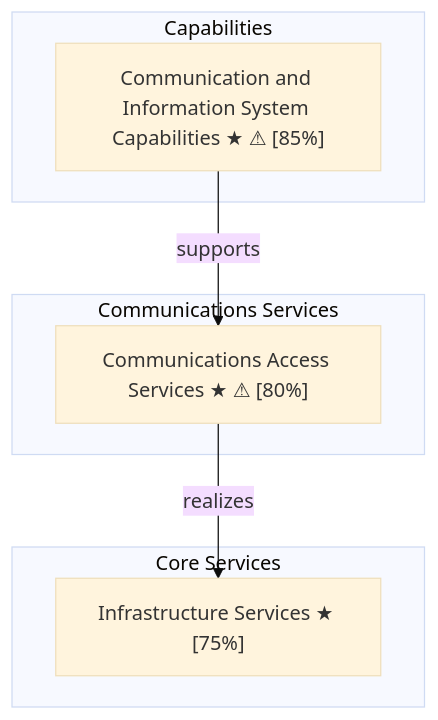
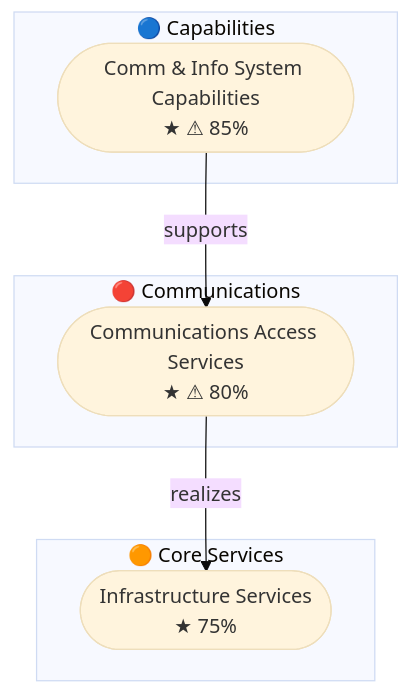
The diagram in docs/en/EXAMPLES.md (carstenartur/Taxonomy), drawn with Mermaid (base theme) before and after one commit. The commit also changed 9 other files, not shown here.

First line of the commit message:
Improve Mermaid showcase visual quality: multi-line labels, stadium shapes, edge limiting, abbreviated subgraph titles

````diff
--- a/docs/en/EXAMPLES.md
+++ b/docs/en/EXAMPLES.md
@@ -329,14 +329,14 @@
 ```mermaid
 graph TD
-    subgraph Capabilities["Capabilities"]
-        CP_1023["Communication and Information System Capabilities ★ ⚠ [85%]"]
+    subgraph Capabilities["🔵 Capabilities"]
+        CP_1023(["Comm &amp; Info System Capabilities<br/>★ ⚠ 85%"])
     end
-    subgraph Communications_Services["Communications Services"]
-        CO_1011["Communications Access Services ★ ⚠ [80%]"]
+    subgraph Communications_Services["🔴 Communications"]
+        CO_1011(["Communications Access Services<br/>★ ⚠ 80%"])
     end
-    subgraph Core_Services["Core Services"]
-        CR_1047["Infrastructure Services ★ [75%]"]
+    subgraph Core_Services["🟠 Core Services"]
+        CR_1047(["Infrastructure Services<br/>★ 75%"])
     end
     CP_1023 -->|supports| CO_1011
     CO_1011 -->|realizes| CR_1047
 ```
````
